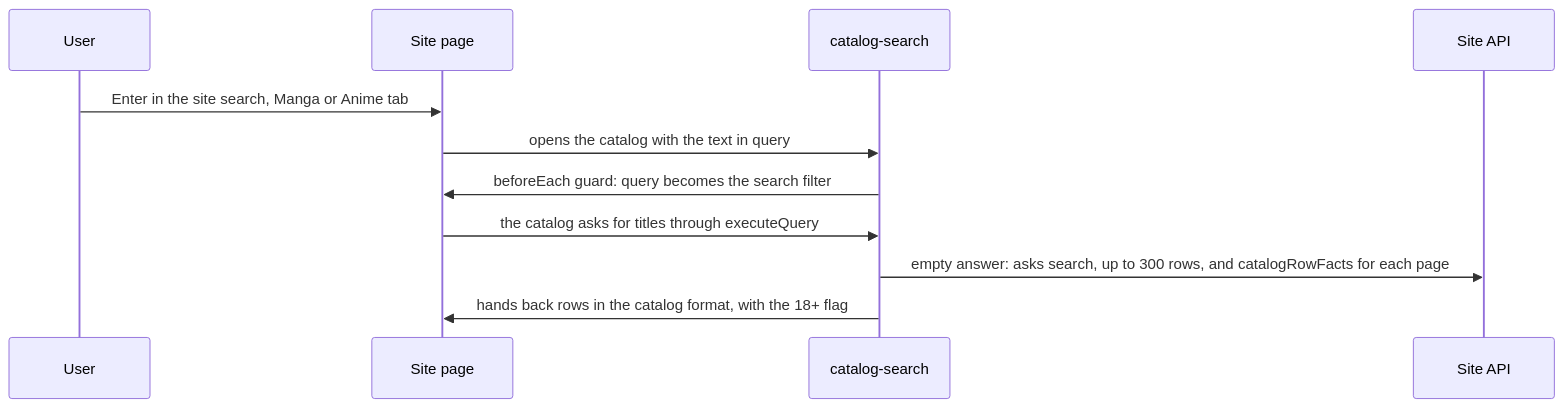
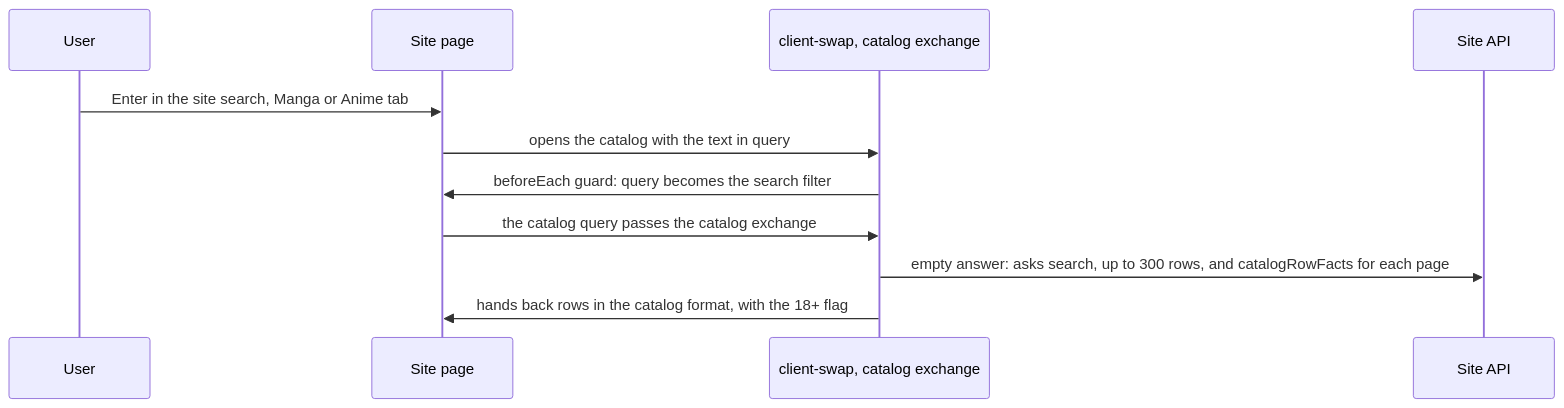
One commit to Antawq/senkuro-tools changed the sixth of 8 diagrams in docs/architecture.md. Above: the diagram before and after it, drawn with Mermaid. The commit also changed other lines of this file and 1 other file, not shown here.

Commit message:
docs: describe the client swap in the architecture pages

````diff
--- a/docs/architecture.md
+++ b/docs/architecture.md
@@ -101,13 +101,13 @@
 ```mermaid
 sequenceDiagram
   participant U as User
   participant S as Site page
-  participant H as catalog-search
+  participant H as client-swap, catalog exchange
   participant A as Site API
   U->>S: Enter in the site search, Manga or Anime tab
   S->>H: opens the catalog with the text in query
   H->>S: beforeEach guard: query becomes the search filter
-  S->>H: the catalog asks for titles through executeQuery
+  S->>H: the catalog query passes the catalog exchange
   H->>A: empty answer: asks search, up to 300 rows, and catalogRowFacts for each page
   H->>S: hands back rows in the catalog format, with the 18+ flag
 ```
````
